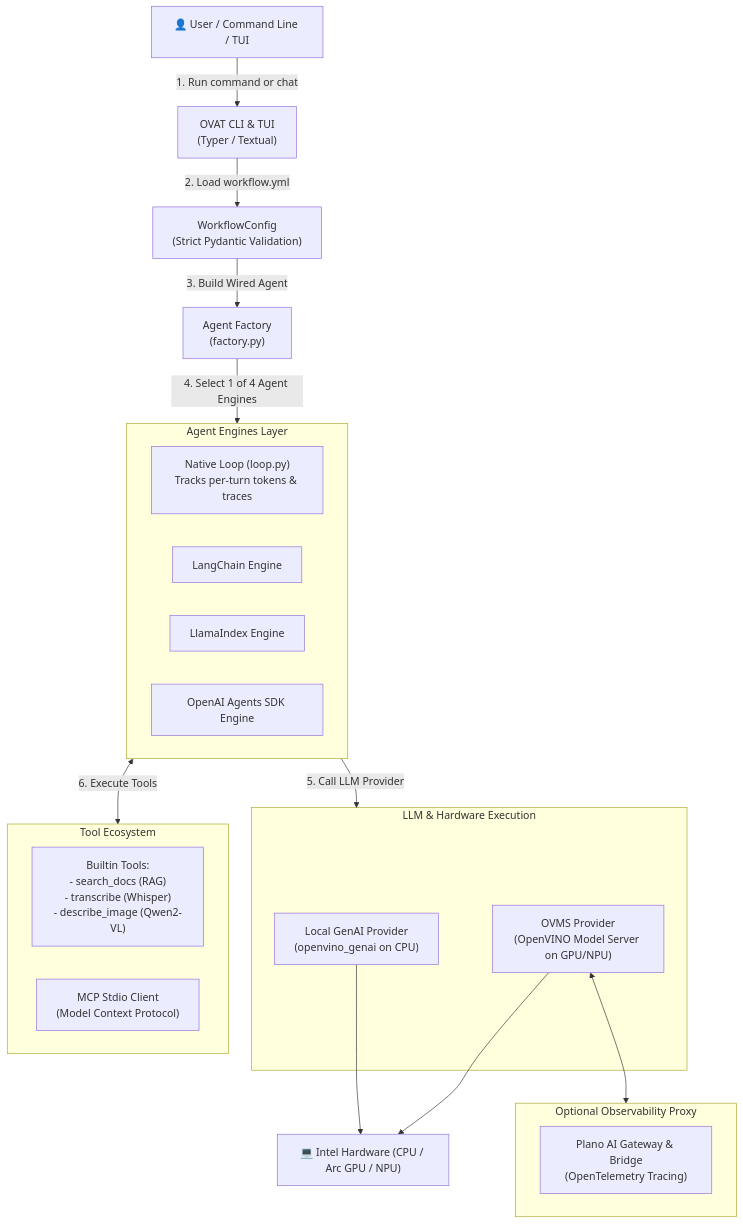
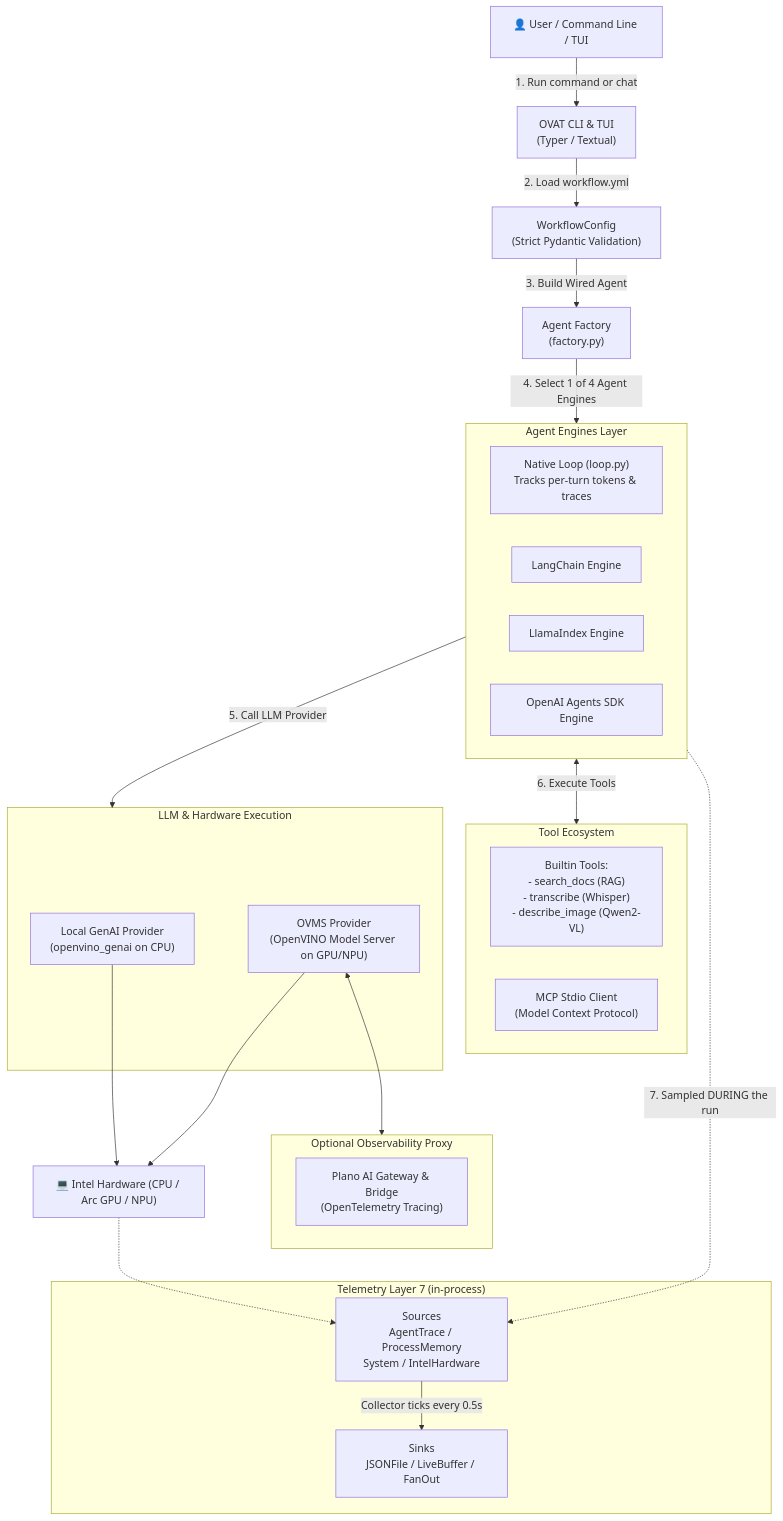
The first of 5 diagrams in docs/ARCHITECTURE.md (Lagmator22/ovat), drawn with Mermaid before and after one commit. The commit also changed other lines of this file, not shown here.

First line of the commit message:
docs(architecture): document the telemetry layer, and what Plano is not

````diff
--- a/docs/ARCHITECTURE.md
+++ b/docs/ARCHITECTURE.md
@@ -27,38 +27,47 @@
 ```mermaid
 flowchart TD
     User["👤 User / Command Line / TUI"] -->|"1. Run command or chat"| CLI["OVAT CLI & TUI<br/>(Typer / Textual)"]
     
     CLI -->|"2. Load workflow.yml"| Config["WorkflowConfig<br/>(Strict Pydantic Validation)"]
     
     Config -->|"3. Build Wired Agent"| Factory["Agent Factory<br/>(factory.py)"]
     
     Factory -->|"4. Select 1 of 4 Agent Engines"| Engines
     
     subgraph Engines ["Agent Engines Layer"]
         Native["Native Loop (loop.py)<br/>Tracks per-turn tokens & traces"]
         LangChain["LangChain Engine"]
         LlamaIndex["LlamaIndex Engine"]
         OpenAIAgents["OpenAI Agents SDK Engine"]
     end
     
     Engines -->|"5. Call LLM Provider"| Providers
     Engines <-->|"6. Execute Tools"| Tools
     
     subgraph Providers ["LLM & Hardware Execution"]
         GenAI["Local GenAI Provider<br/>(openvino_genai on CPU)"]
         OVMS["OVMS Provider<br/>(OpenVINO Model Server on GPU/NPU)"]
     end
     
     subgraph Gateway ["Optional Observability Proxy"]
         Plano["Plano AI Gateway & Bridge<br/>(OpenTelemetry Tracing)"]
     end
     
     subgraph Tools ["Tool Ecosystem"]
         Builtin["Builtin Tools:<br/>- search_docs (RAG)<br/>- transcribe (Whisper)<br/>- describe_image (Qwen2-VL)"]
         MCP["MCP Stdio Client<br/>(Model Context Protocol)"]
     end
     
     OVMS <--> Gateway
     GenAI --> Hardware["💻 Intel Hardware (CPU / Arc GPU / NPU)"]
     OVMS --> Hardware
+
+    subgraph Telemetry ["Telemetry Layer 7 (in-process)"]
+        Sources["Sources<br/>AgentTrace / ProcessMemory<br/>System / IntelHardware"]
+        Sinks["Sinks<br/>JSONFile / LiveBuffer / FanOut"]
+        Sources -->|"Collector ticks every 0.5s"| Sinks
+    end
+
+    Engines -.->|"7. Sampled DURING the run"| Sources
+    Hardware -.-> Sources
 ```
````
